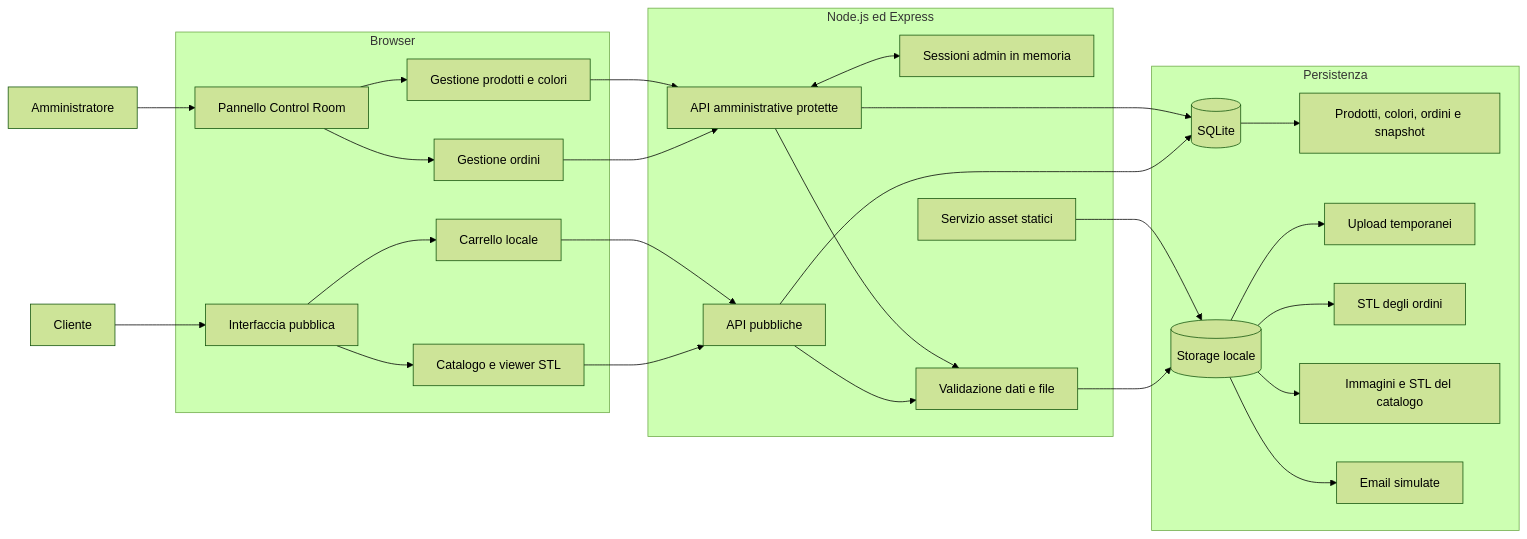
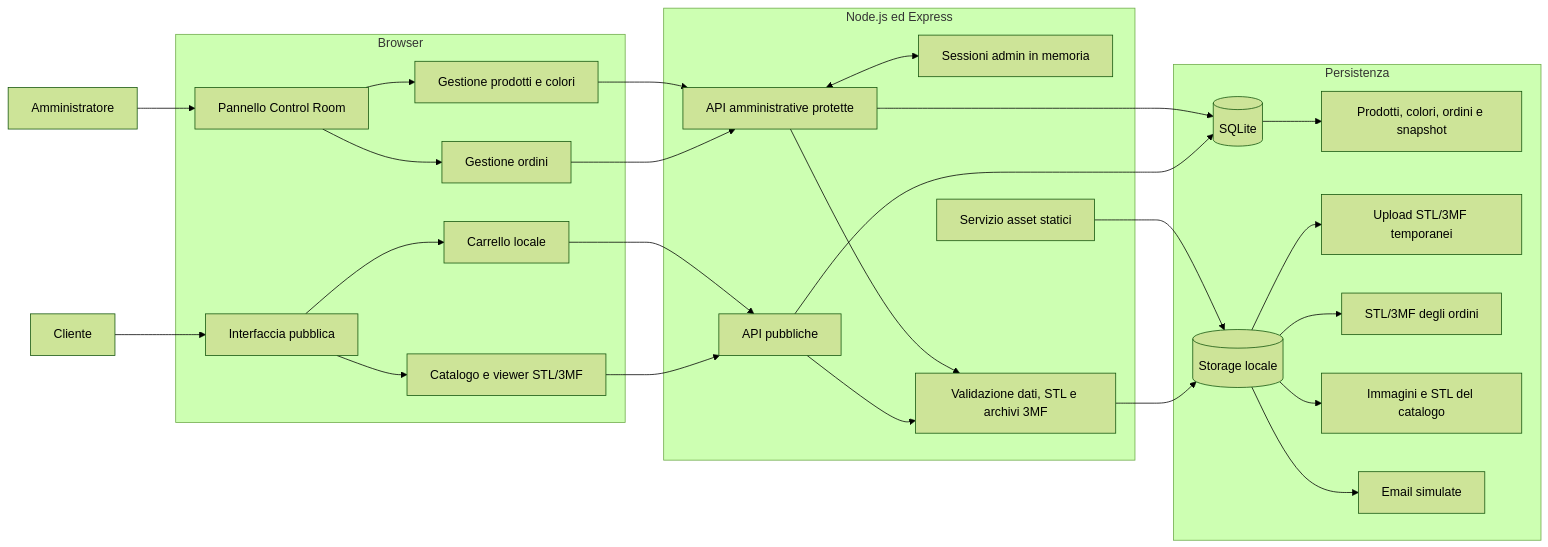
One commit to Moffoletta/pixel-print-lab changed the first of 4 diagrams in docs/ARCHITETTURA.md. Above: the diagram before and after it, drawn with Mermaid (forest theme). The commit also changed other lines of this file and 20 other files, not shown here.

````diff
--- a/docs/ARCHITETTURA.md
+++ b/docs/ARCHITETTURA.md
@@ -15,46 +15,46 @@
 ```mermaid
 flowchart LR
   Cliente[Cliente]
   Admin[Amministratore]
 
   subgraph Browser
     Pubblica[Interfaccia pubblica]
     Pannello[Pannello Control Room]
-    Pubblica --> CatalogoUI[Catalogo e viewer STL]
+    Pubblica --> CatalogoUI[Catalogo e viewer STL/3MF]
     Pubblica --> Carrello[Carrello locale]
     Pannello --> OrdiniUI[Gestione ordini]
     Pannello --> CatalogoAdmin[Gestione prodotti e colori]
   end
 
   subgraph Server[Node.js ed Express]
     API[API pubbliche]
     APIAdmin[API amministrative protette]
     Sessioni[Sessioni admin in memoria]
-    Validazione[Validazione dati e file]
+    Validazione[Validazione dati, STL e archivi 3MF]
     Asset[Servizio asset statici]
     APIAdmin <--> Sessioni
     API --> Validazione
     APIAdmin --> Validazione
   end
 
   subgraph Persistenza
     DB[(SQLite)]
     Storage[(Storage locale)]
     DB --> Tabelle[Prodotti, colori, ordini e snapshot]
-    Storage --> Upload[Upload temporanei]
-    Storage --> FileOrdini[STL degli ordini]
+    Storage --> Upload[Upload STL/3MF temporanei]
+    Storage --> FileOrdini[STL/3MF degli ordini]
     Storage --> FileCatalogo[Immagini e STL del catalogo]
     Storage --> Email[Email simulate]
   end
 
   Cliente --> Pubblica
   Admin --> Pannello
   CatalogoUI --> API
   Carrello --> API
   OrdiniUI --> APIAdmin
   CatalogoAdmin --> APIAdmin
   API --> DB
   APIAdmin --> DB
   Validazione --> Storage
   Asset --> Storage
 ```
````
